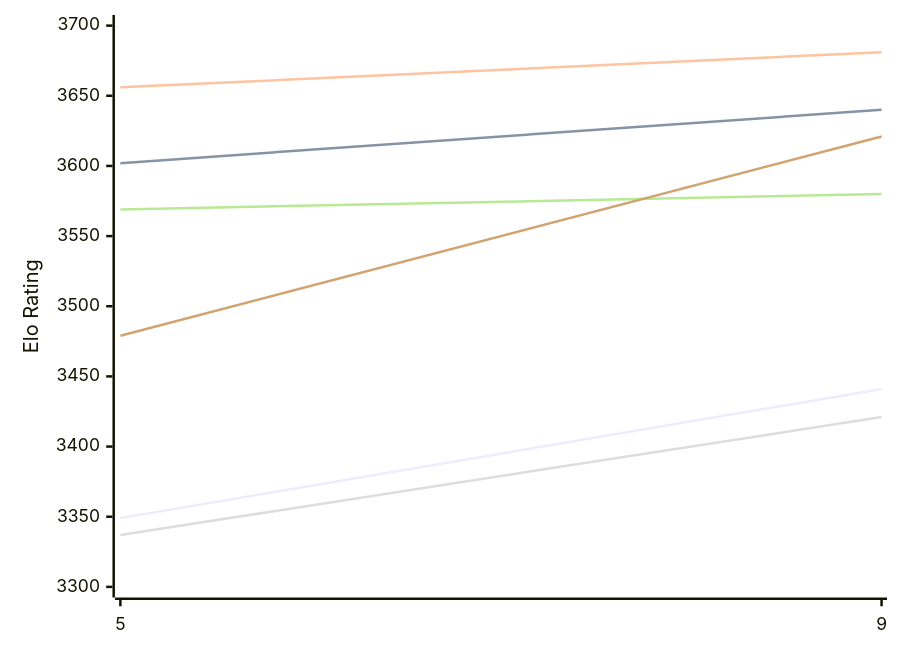
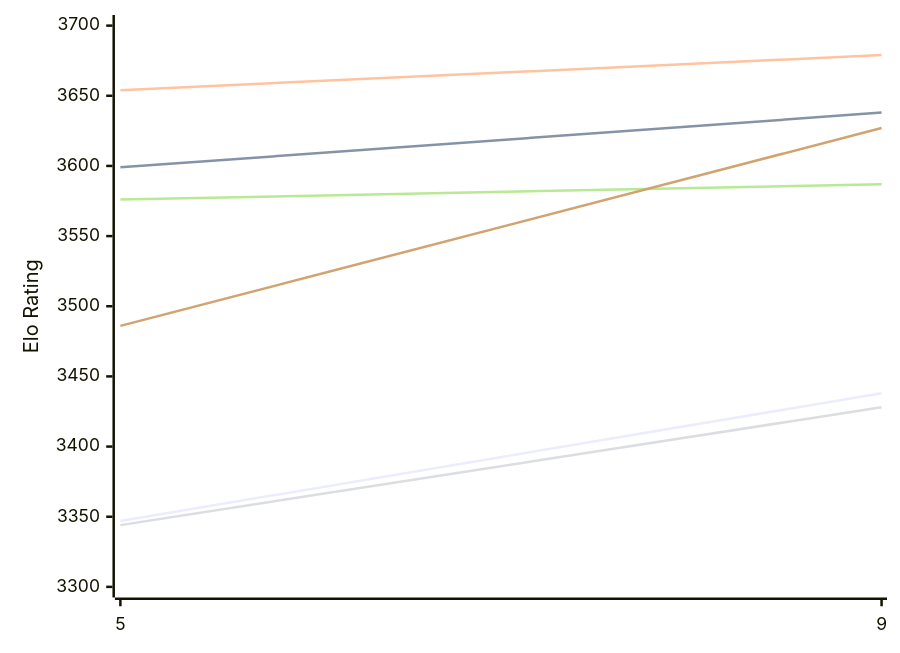
One commit to computer-chess-index/cci changed the first of 2 diagrams in engines/Crystal.md. Above: the diagram before and after it, drawn with Mermaid. The commit also changed other lines of this file, not shown here.

Commit message:
Update CCI Ratings (ELO VLTC) - 2026-11-23

````diff
--- a/engines/Crystal.md
+++ b/engines/Crystal.md
@@ -50,12 +50,12 @@
 ```mermaid
 %%{init: {"theme":"base","themeVariables":{"seriesColors:['#a3a3a3','#222221','#faa371']}}}%%
 xychart-beta
   x-axis ["5", "9"]
   y-axis "Elo Rating" 3300 --> 3700
-  line "E1: STC (8.0+0.08s)" [3349, 3441]
-  line "E1: LTC (60.0+0.60s)" [3602, 3640]
-  line "E1: VLTC (2m24s+1.12s)" [3656, 3681]
-  line "P1: STC (8.0+0.08s)" [3337, 3421]
-  line "P1: LTC (60.0+0.60s)" [3569, 3580]
-  line "P1: VLTC (2m24s+1.12s)" [3479, 3621]
+  line "E1: STC (8.0+0.08s)" [3347, 3438]
+  line "E1: LTC (60.0+0.60s)" [3599, 3638]
+  line "E1: VLTC (2m24s+1.12s)" [3654, 3679]
+  line "P1: STC (8.0+0.08s)" [3344, 3428]
+  line "P1: LTC (60.0+0.60s)" [3576, 3587]
+  line "P1: VLTC (2m24s+1.12s)" [3486, 3627]
 ```
````
